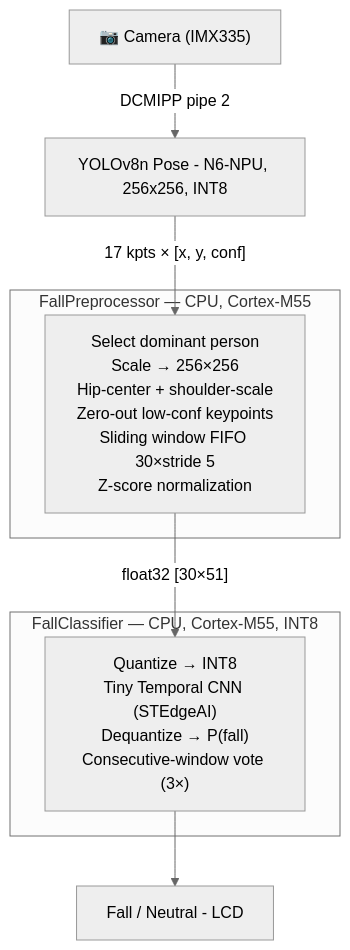
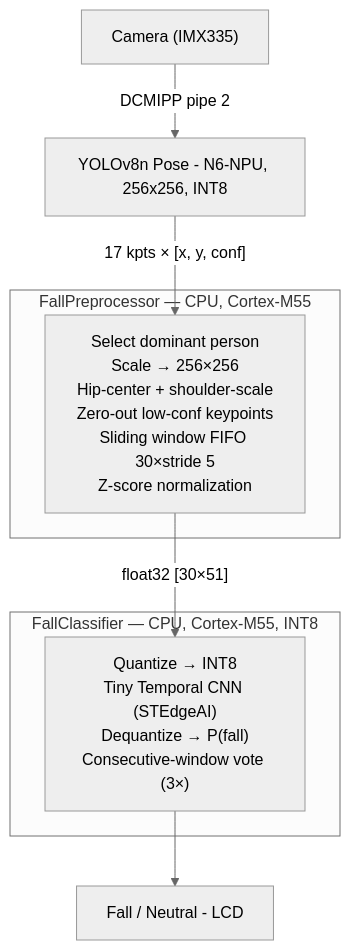
Before and after one commit to SchaeferDa/edge-fall-detection-mcu: the diagram in README.md, drawn with Mermaid (neutral theme). The commit also changed other lines of this file, not shown here.

Commit message:
Fixed wrong path in README

````diff
--- a/README.md
+++ b/README.md
@@ -20,20 +20,20 @@
 ```mermaid
 flowchart TD
-    CAM["📷 Camera (IMX335)"]
+    CAM["Camera (IMX335)"]
     YOLO["YOLOv8n Pose - N6-NPU, 256x256, INT8"]
     PRE["Select dominant person\nScale → 256×256\nHip-center + shoulder-scale\nZero-out low-conf keypoints\nSliding window FIFO 30×stride 5\nZ-score normalization"]
     CLS["Quantize → INT8\nTiny Temporal CNN (STEdgeAI)\nDequantize → P(fall)\nConsecutive-window vote (3×)"]
     OUT["Fall / Neutral - LCD"]
 
     CAM  -->|"DCMIPP pipe 2"| YOLO
     YOLO -->|"17 kpts × [x, y, conf]"| PRE
     PRE  -->|"float32 [30×51]"| CLS
     CLS  --> OUT
 
     subgraph PREG["FallPreprocessor — CPU, Cortex-M55"]
         PRE
     end
     subgraph CLSG["FallClassifier — CPU, Cortex-M55, INT8"]
         CLS
     end
 ```
````
